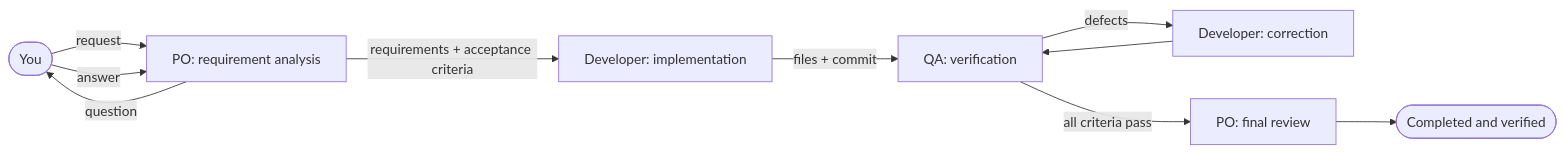
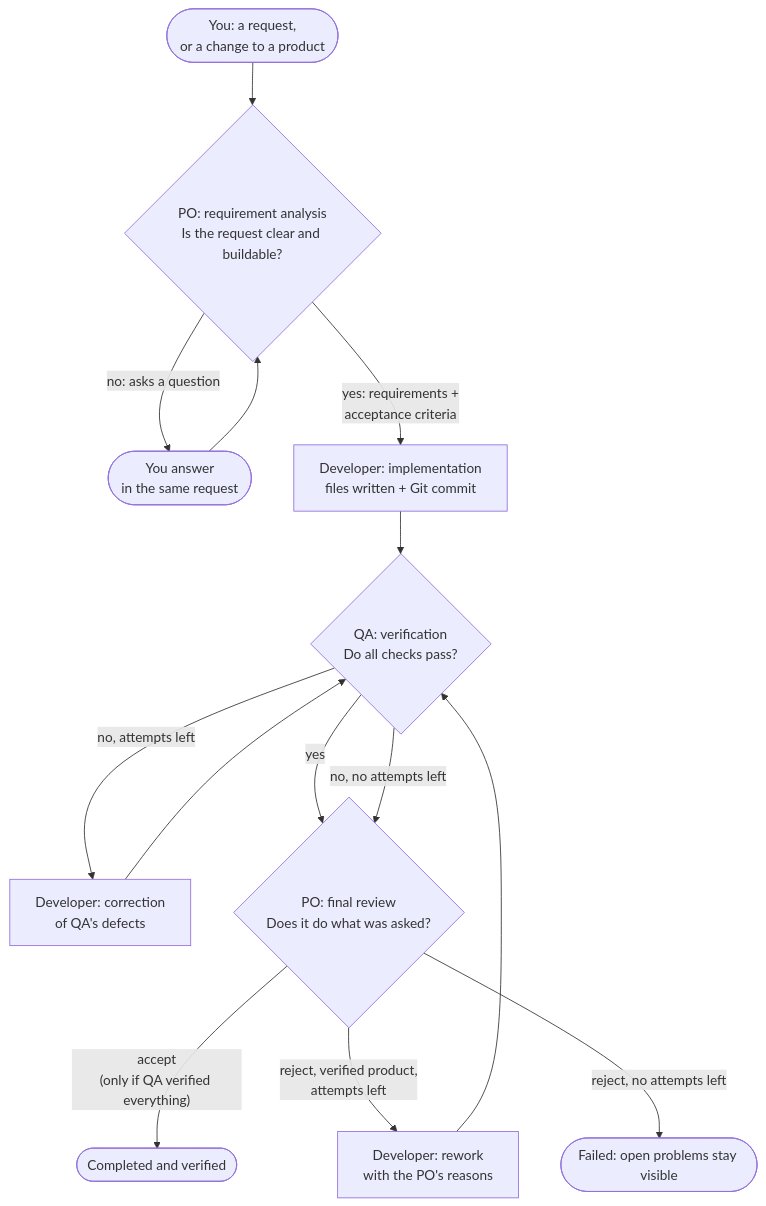
The diagram in README.md (ciroama/ai-scrum-team-workspace), drawn with Mermaid before and after one commit. The commit also changed other lines of this file and 6 other files, not shown here.

First line of the commit message:
PO rejection sends a verified product back to the Developer; README explains the decision flow

````diff
--- a/README.md
+++ b/README.md
@@ -111,12 +111,17 @@
 ```mermaid
-flowchart LR
-    U([You]) -->|request| A[PO: requirement analysis]
-    A -->|question| U
-    U -->|answer| A
-    A -->|requirements + acceptance criteria| I[Developer: implementation]
-    I -->|files + commit| V[QA: verification]
-    V -->|defects| C[Developer: correction]
+flowchart TD
+    U([You: a request,<br/>or a change to a product]) --> A
+    A{"PO: requirement analysis<br/>Is the request clear and buildable?"}
+    A -- "no: asks a question" --> Q([You answer<br/>in the same request])
+    Q --> A
+    A -- "yes: requirements +<br/>acceptance criteria" --> I["Developer: implementation<br/>files written + Git commit"]
+    I --> V{"QA: verification<br/>Do all checks pass?"}
+    V -- "no, attempts left" --> C["Developer: correction<br/>of QA's defects"]
     C --> V
-    V -->|all criteria pass| R[PO: final review]
-    R --> D([Completed and verified])
+    V -- "yes" --> R{"PO: final review<br/>Does it do what was asked?"}
+    V -- "no, no attempts left" --> R
+    R -- "accept<br/>(only if QA verified everything)" --> D([Completed and verified])
+    R -- "reject, verified product,<br/>attempts left" --> W["Developer: rework<br/>with the PO's reasons"]
+    W --> V
+    R -- "reject, no attempts left" --> F([Failed: open problems stay visible])
 ```
````
